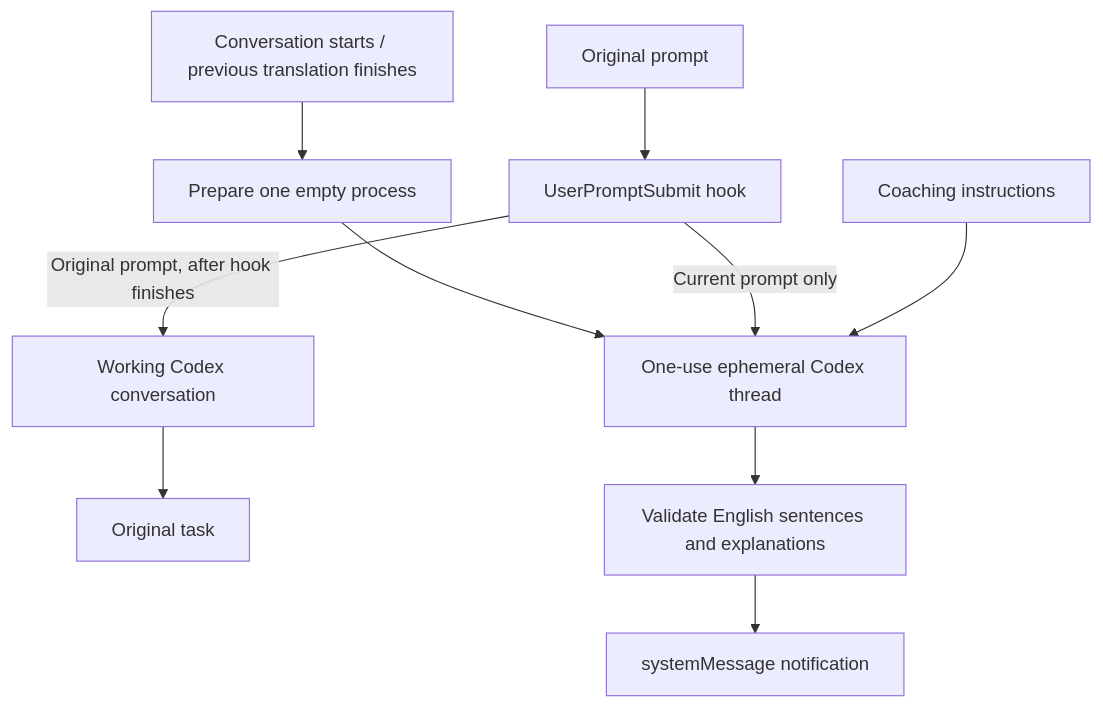
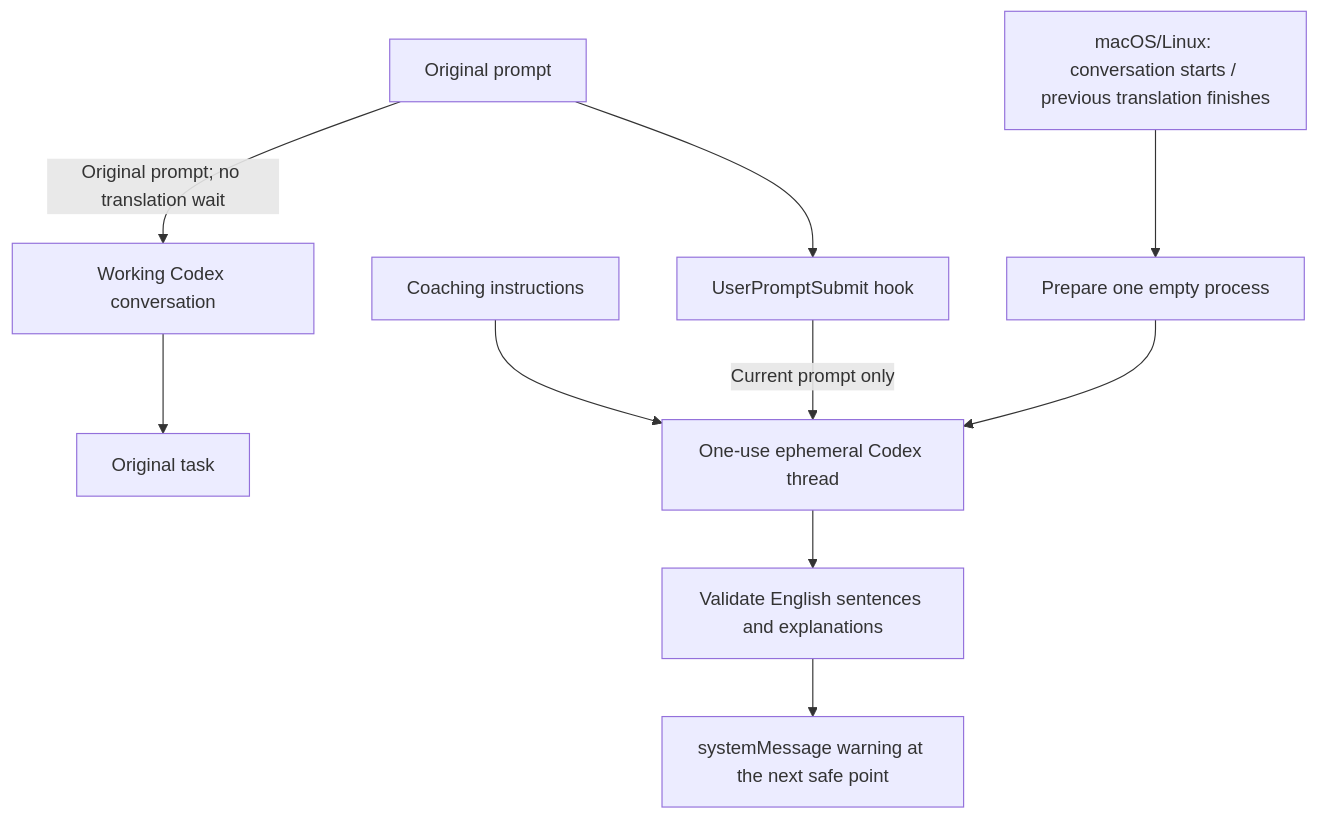
The diagram in README.md (sngchlko/dev-lingo), drawn with Mermaid before and after one commit. The commit also changed other lines of this file and 8 other files, not shown here.

````diff
--- a/README.md
+++ b/README.md
@@ -199,12 +199,12 @@
 ```mermaid
 flowchart TD
-    S["Conversation starts / previous translation finishes"] --> P["Prepare one empty process"]
+    S["macOS/Linux: conversation starts / previous translation finishes"] --> P["Prepare one empty process"]
     U["Original prompt"] --> H["UserPromptSubmit hook"]
-    H -->|"Original prompt, after hook finishes"| M["Working Codex conversation"]
+    U -->|"Original prompt; no translation wait"| M["Working Codex conversation"]
     M --> W["Original task"]
     P --> T["One-use ephemeral Codex thread"]
     H -->|"Current prompt only"| T
     C["Coaching instructions"] --> T
     T --> V["Validate English sentences and explanations"]
-    V --> N["systemMessage notification"]
+    V --> N["systemMessage warning at the next safe point"]
 ```
````
